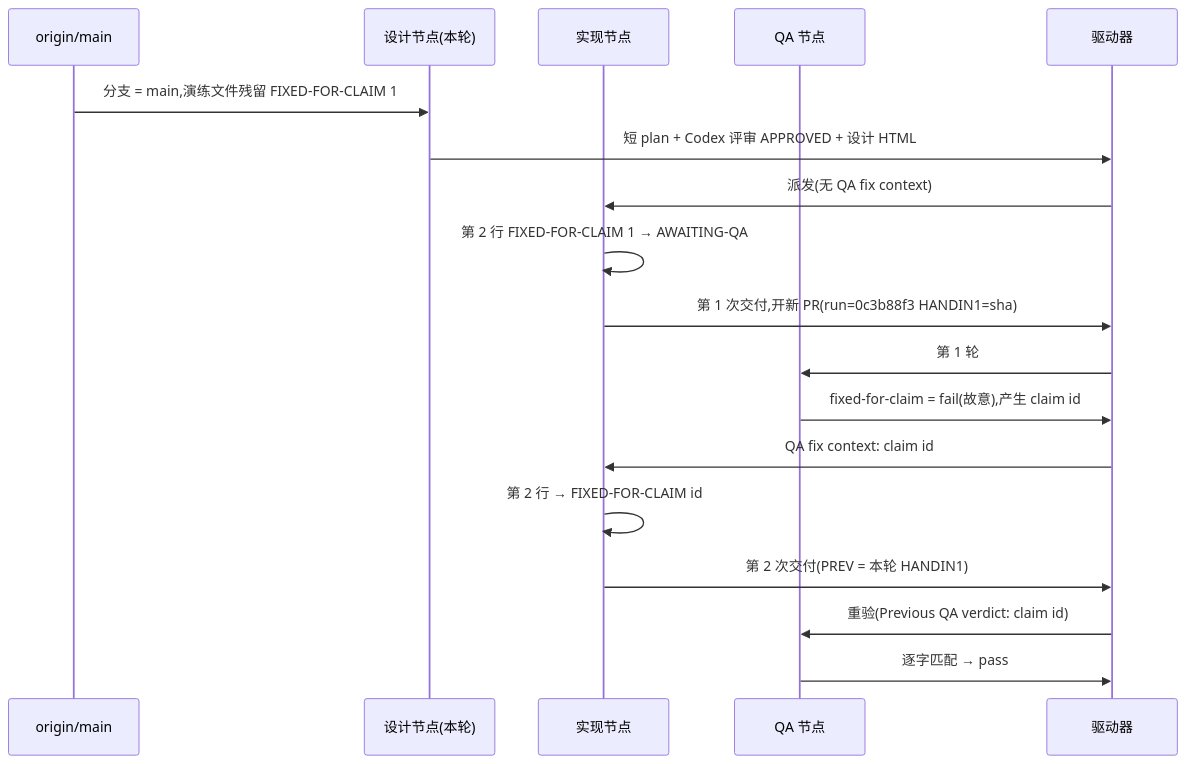
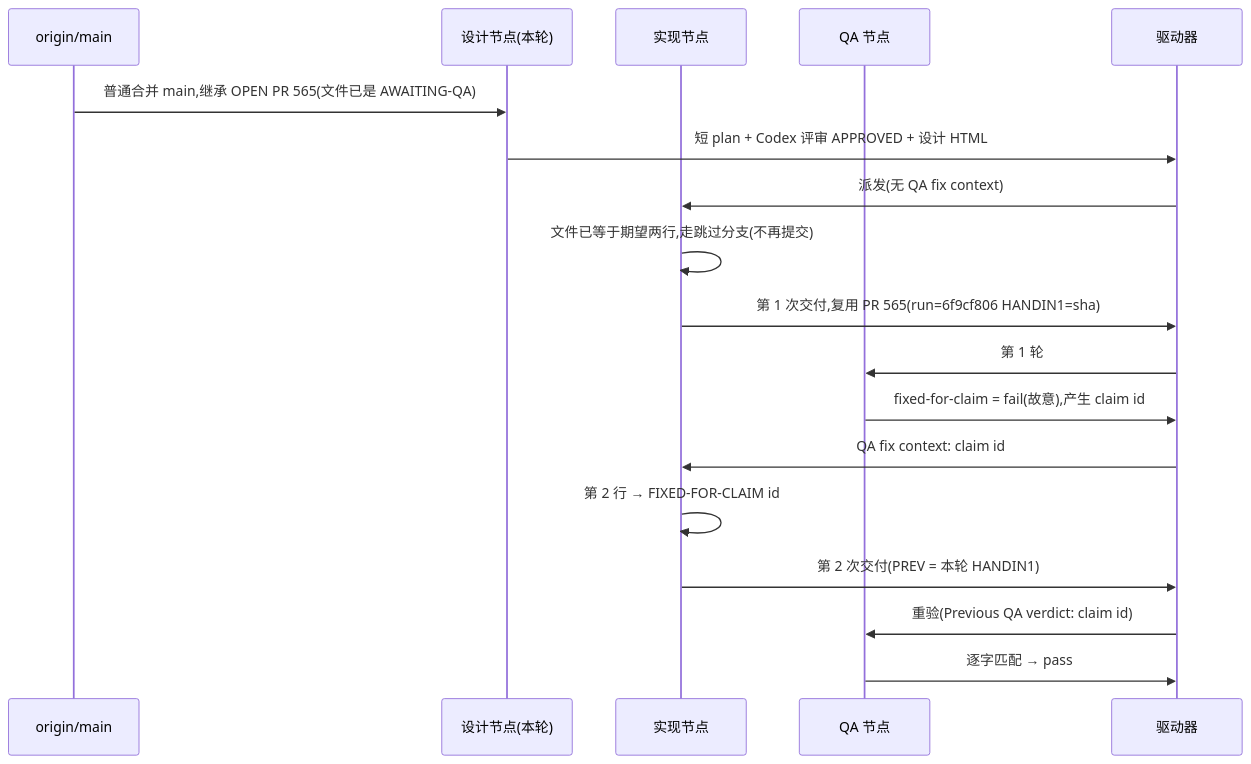
The diagram in engineering/doc/FLY-3150-real-runner-drill/d1-core-flow.mmd (xrliAnnie/flywheel-qa-sandbox), drawn with Mermaid before and after one commit. The commit also changed 3 other files, not shown here.

```diff
--- a/engineering/doc/FLY-3150-real-runner-drill/d1-core-flow.mmd
+++ b/engineering/doc/FLY-3150-real-runner-drill/d1-core-flow.mmd
@@ -1,18 +1,18 @@
 sequenceDiagram
     participant M as origin/main
     participant S as 设计节点(本轮)
     participant I as 实现节点
     participant Q as QA 节点
     participant D as 驱动器
-    M->>S: 分支 = main,演练文件残留 FIXED-FOR-CLAIM 1
+    M->>S: 普通合并 main,继承 OPEN PR 565(文件已是 AWAITING-QA)
     S->>D: 短 plan + Codex 评审 APPROVED + 设计 HTML
     D->>I: 派发(无 QA fix context)
-    I->>I: 第 2 行 FIXED-FOR-CLAIM 1 → AWAITING-QA
-    I->>D: 第 1 次交付,开新 PR(run=0c3b88f3 HANDIN1=sha)
+    I->>I: 文件已等于期望两行,走跳过分支(不再提交)
+    I->>D: 第 1 次交付,复用 PR 565(run=6f9cf806 HANDIN1=sha)
     D->>Q: 第 1 轮
     Q->>D: fixed-for-claim = fail(故意),产生 claim id
     D->>I: QA fix context: claim id
     I->>I: 第 2 行 → FIXED-FOR-CLAIM id
     I->>D: 第 2 次交付(PREV = 本轮 HANDIN1)
     D->>Q: 重验(Previous QA verdict: claim id)
     Q->>D: 逐字匹配 → pass
```
